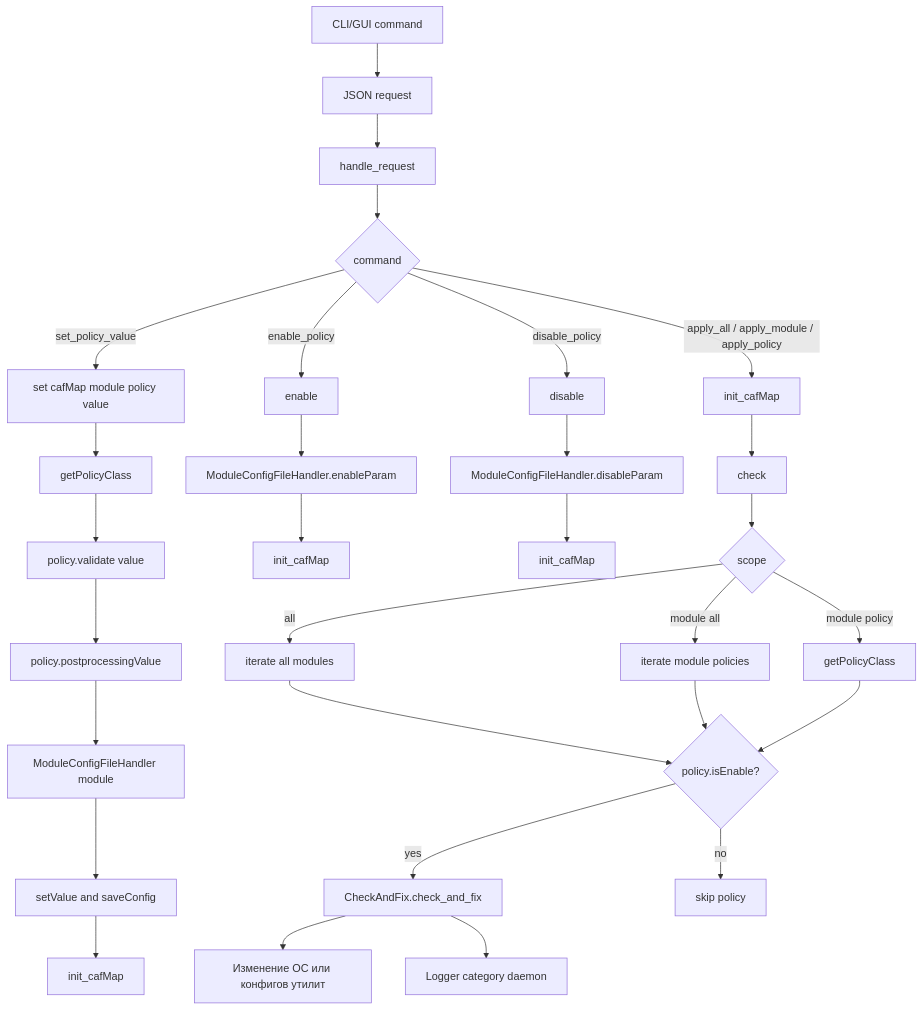
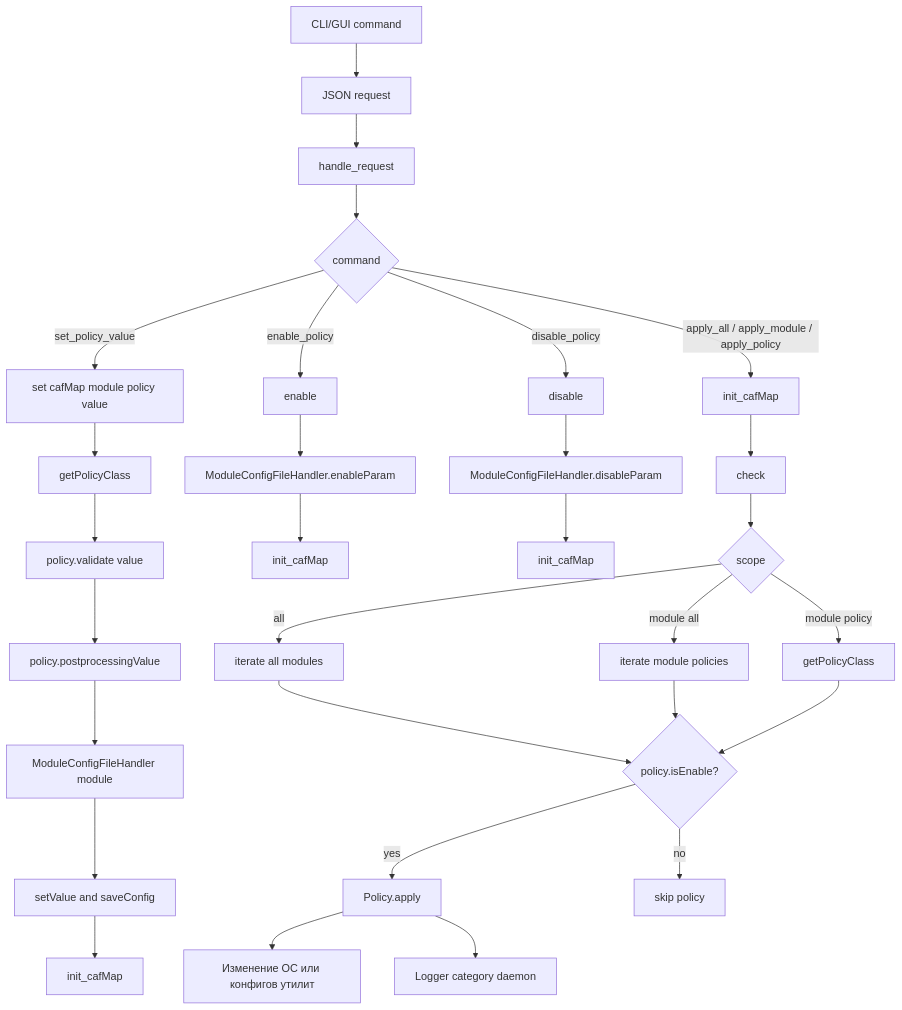
One commit to RevoltStar/FIC changed the sixth of 10 diagrams in docs/architecture-diagrams.md. Above: the diagram before and after it, drawn with Mermaid. The commit also changed other lines of this file and 121 other files, not shown here.

Commit message:
Переименовываем CheckAndFix в Policy, check_and_fix в apply

````diff
--- a/docs/architecture-diagrams.md
+++ b/docs/architecture-diagrams.md
@@ -165,37 +165,37 @@
 ```mermaid
 flowchart TD
     clientCommand[CLI/GUI command] --> json[JSON request]
     json --> router[handle_request]
 
     router --> commandType{command}
 
     commandType -->|set_policy_value| setFn[set cafMap module policy value]
     setFn --> getPolicy[getPolicyClass]
     getPolicy --> validate[policy.validate value]
     validate --> postprocess[policy.postprocessingValue]
     postprocess --> moduleConfig[ModuleConfigFileHandler module]
     moduleConfig --> saveValue[setValue and saveConfig]
     saveValue --> reloadAfterSet[init_cafMap]
 
     commandType -->|enable_policy| enableFn[enable]
     enableFn --> enableConfig[ModuleConfigFileHandler.enableParam]
     enableConfig --> reloadAfterEnable[init_cafMap]
 
     commandType -->|disable_policy| disableFn[disable]
     disableFn --> disableConfig[ModuleConfigFileHandler.disableParam]
     disableConfig --> reloadAfterDisable[init_cafMap]
 
     commandType -->|apply_all / apply_module / apply_policy| reloadBeforeApply[init_cafMap]
     reloadBeforeApply --> check[check]
     check --> chooseScope{scope}
     chooseScope -->|all| allModules[iterate all modules]
     chooseScope -->|module all| oneModule[iterate module policies]
     chooseScope -->|module policy| onePolicy[getPolicyClass]
     allModules --> enabledOnly{policy.isEnable?}
     oneModule --> enabledOnly
     onePolicy --> enabledOnly
-    enabledOnly -->|yes| caf[CheckAndFix.check_and_fix]
+    enabledOnly -->|yes| caf[Policy.apply]
     enabledOnly -->|no| skip[skip policy]
     caf --> osChange[Изменение ОС или конфигов утилит]
     caf --> log[Logger category daemon]
 ```
````
